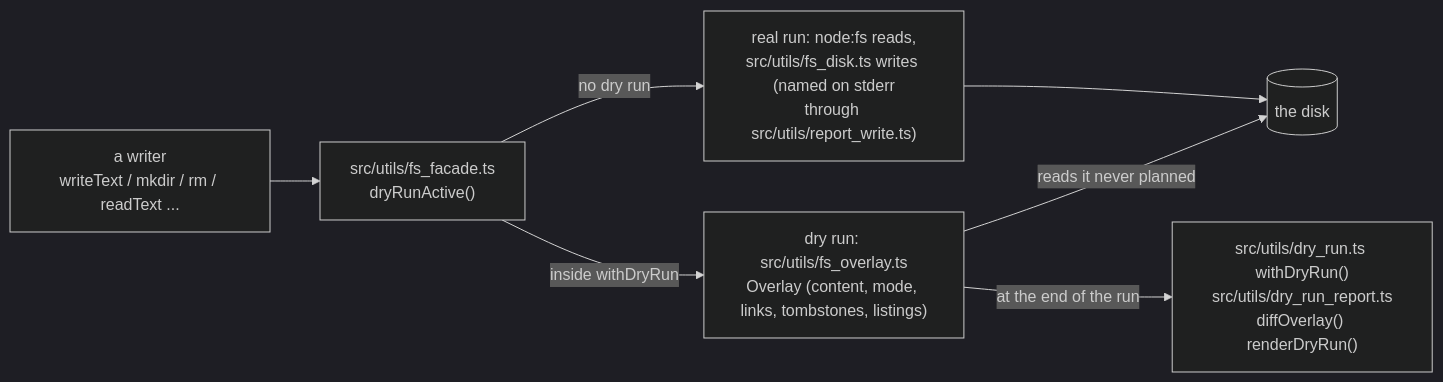
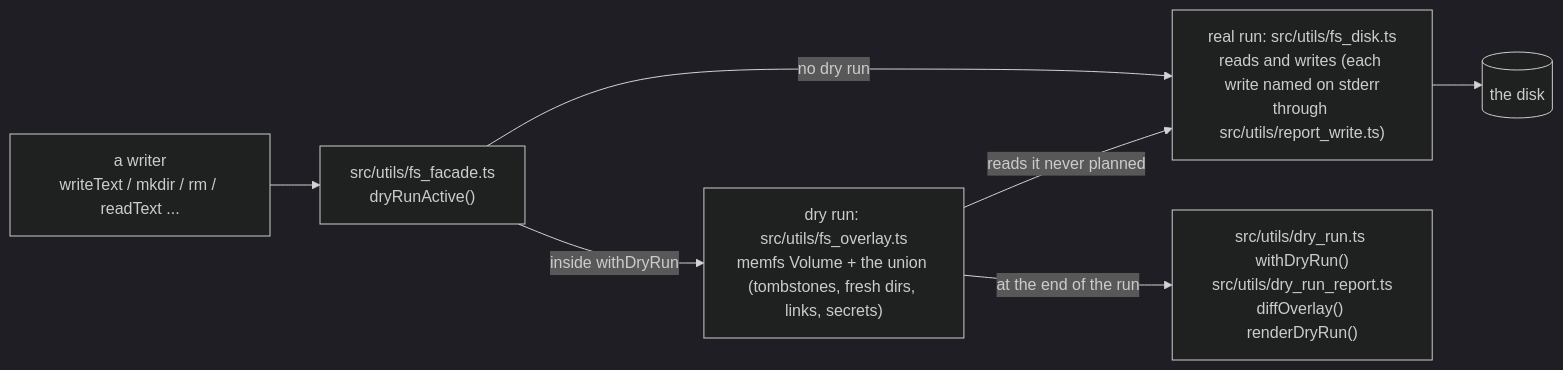
Before and after one commit to Vivswan/copilot-env: the diagram in docs/dry-run-facade.md, drawn with Mermaid (dark theme). The commit also changed other lines of this file and 54 other files, not shown here.

Commit message:
refactor(dry-run): the overlay runs on memfs; the plan collector and its bridge are deleted (#335)

````diff
--- a/docs/dry-run-facade.md
+++ b/docs/dry-run-facade.md
@@ -15,14 +42,14 @@
 ```mermaid
 flowchart LR
   writer["a writer<br>writeText / mkdir / rm / readText ..."]
   seam["src/utils/fs_facade.ts<br>dryRunActive()"]
-  real["real run: node:fs reads,<br>src/utils/fs_disk.ts writes (named on stderr<br>through src/utils/report_write.ts)"]
-  overlay["dry run: src/utils/fs_overlay.ts<br>Overlay (content, mode, links, tombstones, listings)"]
+  real["real run: src/utils/fs_disk.ts<br>reads and writes (each write named on stderr<br>through src/utils/report_write.ts)"]
+  overlay["dry run: src/utils/fs_overlay.ts<br>memfs Volume + the union (tombstones, fresh dirs, links, secrets)"]
   disk[("the disk")]
   report["src/utils/dry_run.ts withDryRun()<br>src/utils/dry_run_report.ts<br>diffOverlay() renderDryRun()"]
   writer --> seam
   seam -->|"no dry run"| real --> disk
   seam -->|"inside withDryRun"| overlay
-  overlay -->|"reads it never planned"| disk
+  overlay -->|"reads it never planned"| real
   overlay -->|"at the end of the run"| report
 ```
````
